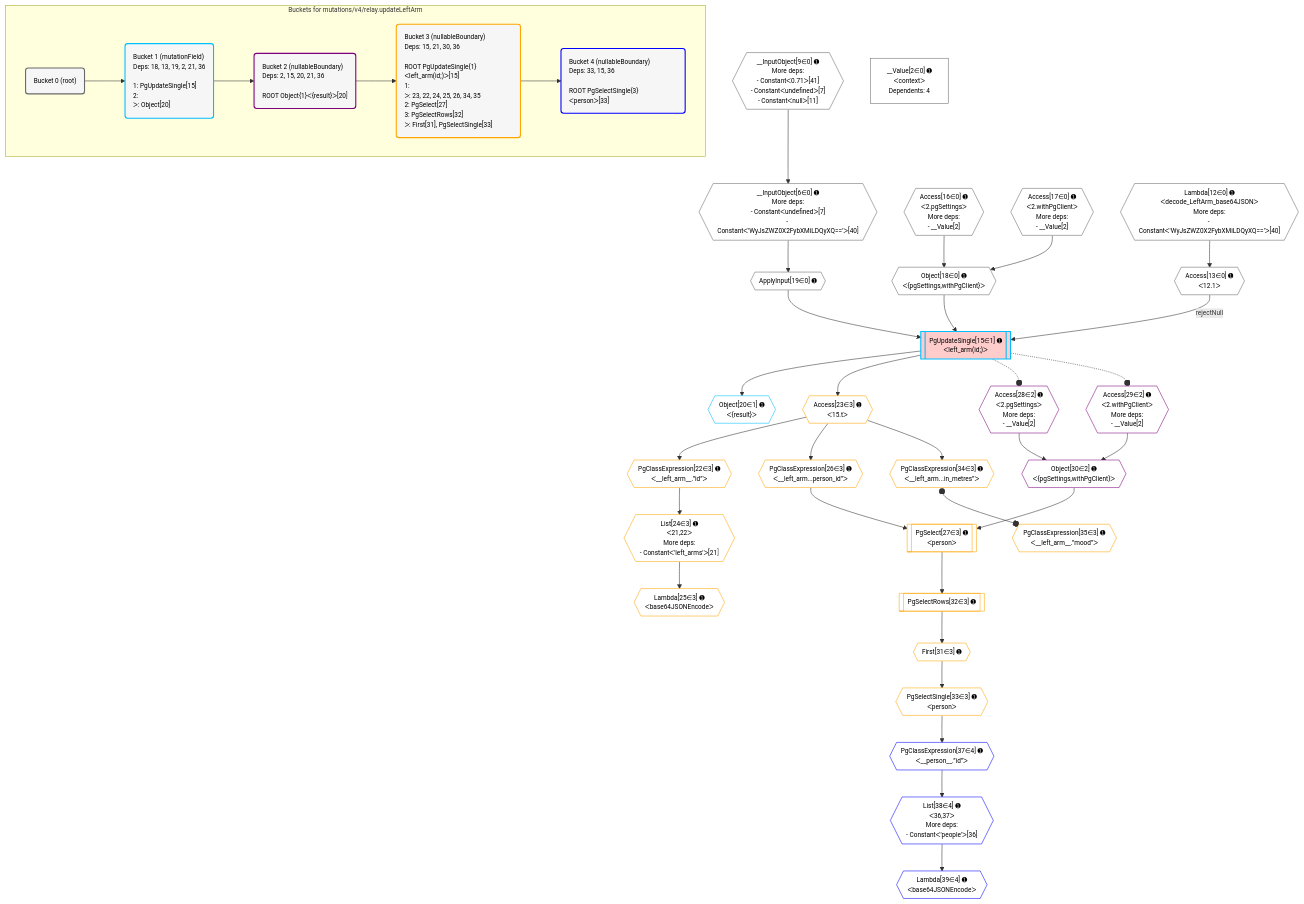
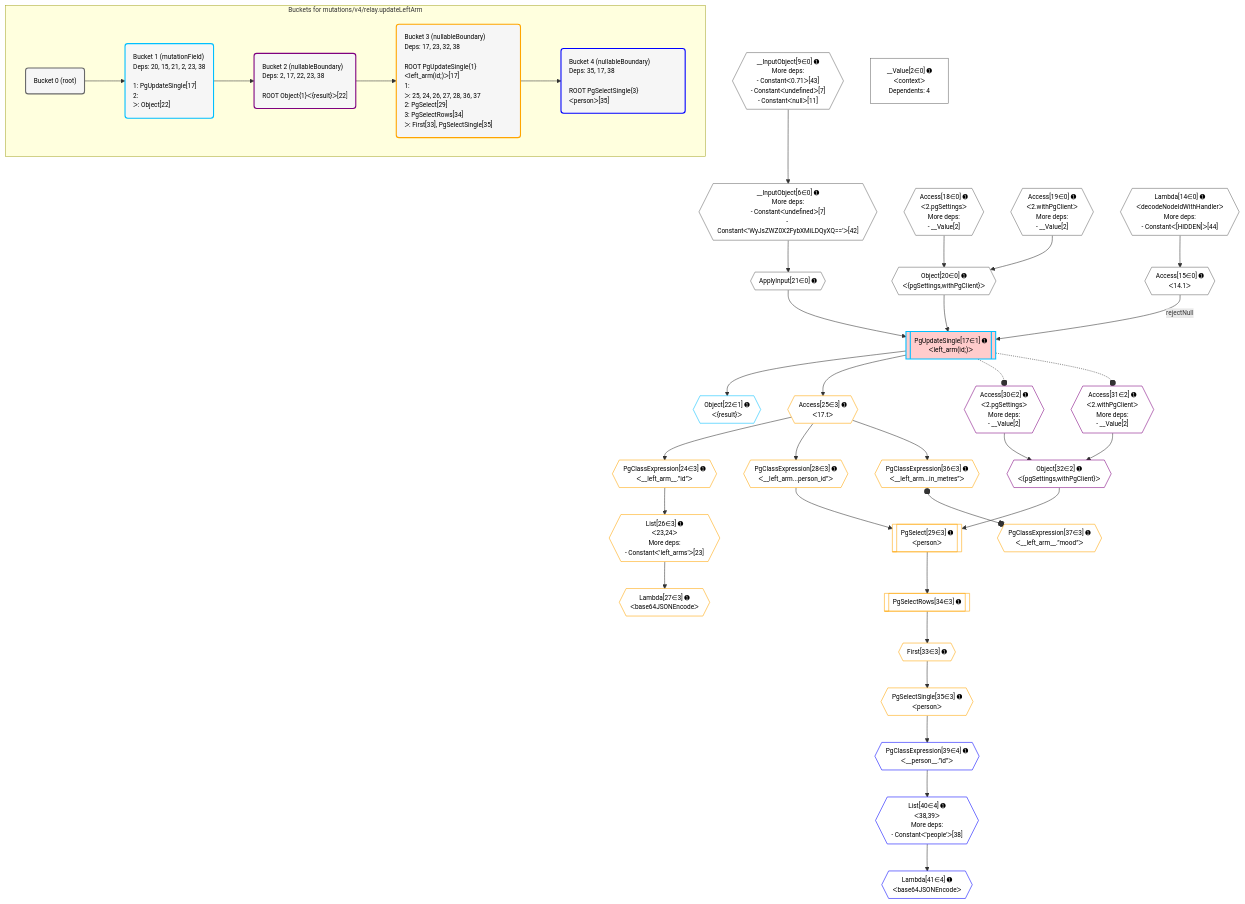
One commit to graphile/crystal changed the diagram in postgraphile/postgraphile/__tests__/mutations/v4/relay.updateLeftArm.mermaid. Above: the diagram before and after it, drawn with Mermaid. The commit also changed 10 other files, not shown here.

Commit message:
Update plan diagrams

```diff
--- a/postgraphile/postgraphile/__tests__/mutations/v4/relay.updateLeftArm.mermaid
+++ b/postgraphile/postgraphile/__tests__/mutations/v4/relay.updateLeftArm.mermaid
@@ -1,88 +1,88 @@
 %%{init: {'themeVariables': { 'fontSize': '12px'}}}%%
 graph TD
     classDef path fill:#eee,stroke:#000,color:#000
     classDef plan fill:#fff,stroke-width:1px,color:#000
     classDef itemplan fill:#fff,stroke-width:2px,color:#000
     classDef unbatchedplan fill:#dff,stroke-width:1px,color:#000
     classDef sideeffectplan fill:#fcc,stroke-width:2px,color:#000
     classDef bucket fill:#f6f6f6,color:#000,stroke-width:2px,text-align:left
 
     subgraph "Buckets for mutations/v4/relay.updateLeftArm"
     Bucket0("Bucket 0 (root)"):::bucket
-    Bucket1("Bucket 1 (mutationField)<br />Deps: 18, 13, 19, 2, 21, 36<br /><br />1: PgUpdateSingle[15]<br />2: <br />ᐳ: Object[20]"):::bucket
-    Bucket2("Bucket 2 (nullableBoundary)<br />Deps: 2, 15, 20, 21, 36<br /><br />ROOT Object{1}ᐸ{result}ᐳ[20]"):::bucket
-    Bucket3("Bucket 3 (nullableBoundary)<br />Deps: 15, 21, 30, 36<br /><br />ROOT PgUpdateSingle{1}ᐸleft_arm(id;)ᐳ[15]<br />1: <br />ᐳ: 23, 22, 24, 25, 26, 34, 35<br />2: PgSelect[27]<br />3: PgSelectRows[32]<br />ᐳ: First[31], PgSelectSingle[33]"):::bucket
-    Bucket4("Bucket 4 (nullableBoundary)<br />Deps: 33, 15, 36<br /><br />ROOT PgSelectSingle{3}ᐸpersonᐳ[33]"):::bucket
+    Bucket1("Bucket 1 (mutationField)<br />Deps: 20, 15, 21, 2, 23, 38<br /><br />1: PgUpdateSingle[17]<br />2: <br />ᐳ: Object[22]"):::bucket
+    Bucket2("Bucket 2 (nullableBoundary)<br />Deps: 2, 17, 22, 23, 38<br /><br />ROOT Object{1}ᐸ{result}ᐳ[22]"):::bucket
+    Bucket3("Bucket 3 (nullableBoundary)<br />Deps: 17, 23, 32, 38<br /><br />ROOT PgUpdateSingle{1}ᐸleft_arm(id;)ᐳ[17]<br />1: <br />ᐳ: 25, 24, 26, 27, 28, 36, 37<br />2: PgSelect[29]<br />3: PgSelectRows[34]<br />ᐳ: First[33], PgSelectSingle[35]"):::bucket
+    Bucket4("Bucket 4 (nullableBoundary)<br />Deps: 35, 17, 38<br /><br />ROOT PgSelectSingle{3}ᐸpersonᐳ[35]"):::bucket
     end
     Bucket0 --> Bucket1
     Bucket1 --> Bucket2
     Bucket2 --> Bucket3
     Bucket3 --> Bucket4
 
     %% plan dependencies
-    __InputObject6{{"__InputObject[6∈0] ➊<br />More deps:<br />- Constantᐸundefinedᐳ[7]<br />- Constantᐸ'WyJsZWZ0X2FybXMiLDQyXQ=='ᐳ[40]"}}:::plan
-    __InputObject9{{"__InputObject[9∈0] ➊<br />More deps:<br />- Constantᐸ0.71ᐳ[41]<br />- Constantᐸundefinedᐳ[7]<br />- Constantᐸnullᐳ[11]"}}:::plan
+    __InputObject6{{"__InputObject[6∈0] ➊<br />More deps:<br />- Constantᐸundefinedᐳ[7]<br />- Constantᐸ'WyJsZWZ0X2FybXMiLDQyXQ=='ᐳ[42]"}}:::plan
+    __InputObject9{{"__InputObject[9∈0] ➊<br />More deps:<br />- Constantᐸ0.71ᐳ[43]<br />- Constantᐸundefinedᐳ[7]<br />- Constantᐸnullᐳ[11]"}}:::plan
     __InputObject9 --> __InputObject6
-    Object18{{"Object[18∈0] ➊<br />ᐸ{pgSettings,withPgClient}ᐳ"}}:::plan
-    Access16{{"Access[16∈0] ➊<br />ᐸ2.pgSettingsᐳ<br />More deps:<br />- __Value[2]"}}:::plan
-    Access17{{"Access[17∈0] ➊<br />ᐸ2.withPgClientᐳ<br />More deps:<br />- __Value[2]"}}:::plan
-    Access16 & Access17 --> Object18
-    Lambda12{{"Lambda[12∈0] ➊<br />ᐸdecode_LeftArm_base64JSONᐳ<br />More deps:<br />- Constantᐸ'WyJsZWZ0X2FybXMiLDQyXQ=='ᐳ[40]"}}:::plan
-    Access13{{"Access[13∈0] ➊<br />ᐸ12.1ᐳ"}}:::plan
-    Lambda12 --> Access13
-    ApplyInput19{{"ApplyInput[19∈0] ➊"}}:::plan
-    __InputObject6 --> ApplyInput19
+    Object20{{"Object[20∈0] ➊<br />ᐸ{pgSettings,withPgClient}ᐳ"}}:::plan
+    Access18{{"Access[18∈0] ➊<br />ᐸ2.pgSettingsᐳ<br />More deps:<br />- __Value[2]"}}:::plan
+    Access19{{"Access[19∈0] ➊<br />ᐸ2.withPgClientᐳ<br />More deps:<br />- __Value[2]"}}:::plan
+    Access18 & Access19 --> Object20
+    Lambda14{{"Lambda[14∈0] ➊<br />ᐸdecodeNodeIdWithHandlerᐳ<br />More deps:<br />- Constantᐸ[HIDDEN]ᐳ[44]"}}:::plan
+    Access15{{"Access[15∈0] ➊<br />ᐸ14.1ᐳ"}}:::plan
+    Lambda14 --> Access15
+    ApplyInput21{{"ApplyInput[21∈0] ➊"}}:::plan
+    __InputObject6 --> ApplyInput21
     __Value2["__Value[2∈0] ➊<br />ᐸcontextᐳ<br />Dependents: 4"]:::plan
-    PgUpdateSingle15[["PgUpdateSingle[15∈1] ➊<br />ᐸleft_arm(id;)ᐳ"]]:::sideeffectplan
-    Access13 -->|rejectNull| PgUpdateSingle15
-    Object18 & ApplyInput19 --> PgUpdateSingle15
-    Object20{{"Object[20∈1] ➊<br />ᐸ{result}ᐳ"}}:::plan
-    PgUpdateSingle15 --> Object20
-    Object30{{"Object[30∈2] ➊<br />ᐸ{pgSettings,withPgClient}ᐳ"}}:::plan
-    Access28{{"Access[28∈2] ➊<br />ᐸ2.pgSettingsᐳ<br />More deps:<br />- __Value[2]"}}:::plan
-    Access29{{"Access[29∈2] ➊<br />ᐸ2.withPgClientᐳ<br />More deps:<br />- __Value[2]"}}:::plan
-    Access28 & Access29 --> Object30
-    List24{{"List[24∈3] ➊<br />ᐸ21,22ᐳ<br />More deps:<br />- Constantᐸ'left_arms'ᐳ[21]"}}:::plan
-    PgClassExpression22{{"PgClassExpression[22∈3] ➊<br />ᐸ__left_arm__.”id”ᐳ"}}:::plan
-    PgClassExpression22 --> List24
-    PgSelect27[["PgSelect[27∈3] ➊<br />ᐸpersonᐳ"]]:::plan
-    PgClassExpression26{{"PgClassExpression[26∈3] ➊<br />ᐸ__left_arm...person_id”ᐳ"}}:::plan
-    Object30 & PgClassExpression26 --> PgSelect27
-    Access23{{"Access[23∈3] ➊<br />ᐸ15.tᐳ"}}:::plan
-    Access23 --> PgClassExpression22
-    PgUpdateSingle15 --> Access23
-    Lambda25{{"Lambda[25∈3] ➊<br />ᐸbase64JSONEncodeᐳ"}}:::plan
-    List24 --> Lambda25
-    Access23 --> PgClassExpression26
-    First31{{"First[31∈3] ➊"}}:::plan
-    PgSelectRows32[["PgSelectRows[32∈3] ➊"]]:::plan
-    PgSelectRows32 --> First31
-    PgSelect27 --> PgSelectRows32
-    PgSelectSingle33{{"PgSelectSingle[33∈3] ➊<br />ᐸpersonᐳ"}}:::plan
-    First31 --> PgSelectSingle33
-    PgClassExpression34{{"PgClassExpression[34∈3] ➊<br />ᐸ__left_arm...in_metres”ᐳ"}}:::plan
-    Access23 --> PgClassExpression34
-    PgClassExpression35{{"PgClassExpression[35∈3] ➊<br />ᐸ__left_arm__.”mood”ᐳ"}}:::plan
-    PgClassExpression34 o--o PgClassExpression35
-    List38{{"List[38∈4] ➊<br />ᐸ36,37ᐳ<br />More deps:<br />- Constantᐸ'people'ᐳ[36]"}}:::plan
-    PgClassExpression37{{"PgClassExpression[37∈4] ➊<br />ᐸ__person__.”id”ᐳ"}}:::plan
-    PgClassExpression37 --> List38
-    PgSelectSingle33 --> PgClassExpression37
-    Lambda39{{"Lambda[39∈4] ➊<br />ᐸbase64JSONEncodeᐳ"}}:::plan
-    List38 --> Lambda39
+    PgUpdateSingle17[["PgUpdateSingle[17∈1] ➊<br />ᐸleft_arm(id;)ᐳ"]]:::sideeffectplan
+    Access15 -->|rejectNull| PgUpdateSingle17
+    Object20 & ApplyInput21 --> PgUpdateSingle17
+    Object22{{"Object[22∈1] ➊<br />ᐸ{result}ᐳ"}}:::plan
+    PgUpdateSingle17 --> Object22
+    Object32{{"Object[32∈2] ➊<br />ᐸ{pgSettings,withPgClient}ᐳ"}}:::plan
+    Access30{{"Access[30∈2] ➊<br />ᐸ2.pgSettingsᐳ<br />More deps:<br />- __Value[2]"}}:::plan
+    Access31{{"Access[31∈2] ➊<br />ᐸ2.withPgClientᐳ<br />More deps:<br />- __Value[2]"}}:::plan
+    Access30 & Access31 --> Object32
+    List26{{"List[26∈3] ➊<br />ᐸ23,24ᐳ<br />More deps:<br />- Constantᐸ'left_arms'ᐳ[23]"}}:::plan
+    PgClassExpression24{{"PgClassExpression[24∈3] ➊<br />ᐸ__left_arm__.”id”ᐳ"}}:::plan
+    PgClassExpression24 --> List26
+    PgSelect29[["PgSelect[29∈3] ➊<br />ᐸpersonᐳ"]]:::plan
+    PgClassExpression28{{"PgClassExpression[28∈3] ➊<br />ᐸ__left_arm...person_id”ᐳ"}}:::plan
+    Object32 & PgClassExpression28 --> PgSelect29
+    Access25{{"Access[25∈3] ➊<br />ᐸ17.tᐳ"}}:::plan
+    Access25 --> PgClassExpression24
+    PgUpdateSingle17 --> Access25
+    Lambda27{{"Lambda[27∈3] ➊<br />ᐸbase64JSONEncodeᐳ"}}:::plan
+    List26 --> Lambda27
+    Access25 --> PgClassExpression28
+    First33{{"First[33∈3] ➊"}}:::plan
+    PgSelectRows34[["PgSelectRows[34∈3] ➊"]]:::plan
+    PgSelectRows34 --> First33
+    PgSelect29 --> PgSelectRows34
+    PgSelectSingle35{{"PgSelectSingle[35∈3] ➊<br />ᐸpersonᐳ"}}:::plan
+    First33 --> PgSelectSingle35
+    PgClassExpression36{{"PgClassExpression[36∈3] ➊<br />ᐸ__left_arm...in_metres”ᐳ"}}:::plan
+    Access25 --> PgClassExpression36
+    PgClassExpression37{{"PgClassExpression[37∈3] ➊<br />ᐸ__left_arm__.”mood”ᐳ"}}:::plan
+    PgClassExpression36 o--o PgClassExpression37
+    List40{{"List[40∈4] ➊<br />ᐸ38,39ᐳ<br />More deps:<br />- Constantᐸ'people'ᐳ[38]"}}:::plan
+    PgClassExpression39{{"PgClassExpression[39∈4] ➊<br />ᐸ__person__.”id”ᐳ"}}:::plan
+    PgClassExpression39 --> List40
+    PgSelectSingle35 --> PgClassExpression39
+    Lambda41{{"Lambda[41∈4] ➊<br />ᐸbase64JSONEncodeᐳ"}}:::plan
+    List40 --> Lambda41
 
     %% define steps
     classDef bucket0 stroke:#696969
-    class Bucket0,__Value2,__InputObject6,__InputObject9,Lambda12,Access13,Access16,Access17,Object18,ApplyInput19 bucket0
+    class Bucket0,__Value2,__InputObject6,__InputObject9,Lambda14,Access15,Access18,Access19,Object20,ApplyInput21 bucket0
     classDef bucket1 stroke:#00bfff
-    class Bucket1,PgUpdateSingle15,Object20 bucket1
+    class Bucket1,PgUpdateSingle17,Object22 bucket1
     classDef bucket2 stroke:#7f007f
-    class Bucket2,Access28,Access29,Object30 bucket2
+    class Bucket2,Access30,Access31,Object32 bucket2
     classDef bucket3 stroke:#ffa500
-    class Bucket3,PgClassExpression22,Access23,List24,Lambda25,PgClassExpression26,PgSelect27,First31,PgSelectRows32,PgSelectSingle33,PgClassExpression34,PgClassExpression35 bucket3
+    class Bucket3,PgClassExpression24,Access25,List26,Lambda27,PgClassExpression28,PgSelect29,First33,PgSelectRows34,PgSelectSingle35,PgClassExpression36,PgClassExpression37 bucket3
     classDef bucket4 stroke:#0000ff
-    class Bucket4,PgClassExpression37,List38,Lambda39 bucket4
+    class Bucket4,PgClassExpression39,List40,Lambda41 bucket4
 
     %% implicit side effects
-    PgUpdateSingle15 -.-o Access28
-    PgUpdateSingle15 -.-o Access29
+    PgUpdateSingle17 -.-o Access30
+    PgUpdateSingle17 -.-o Access31
```
